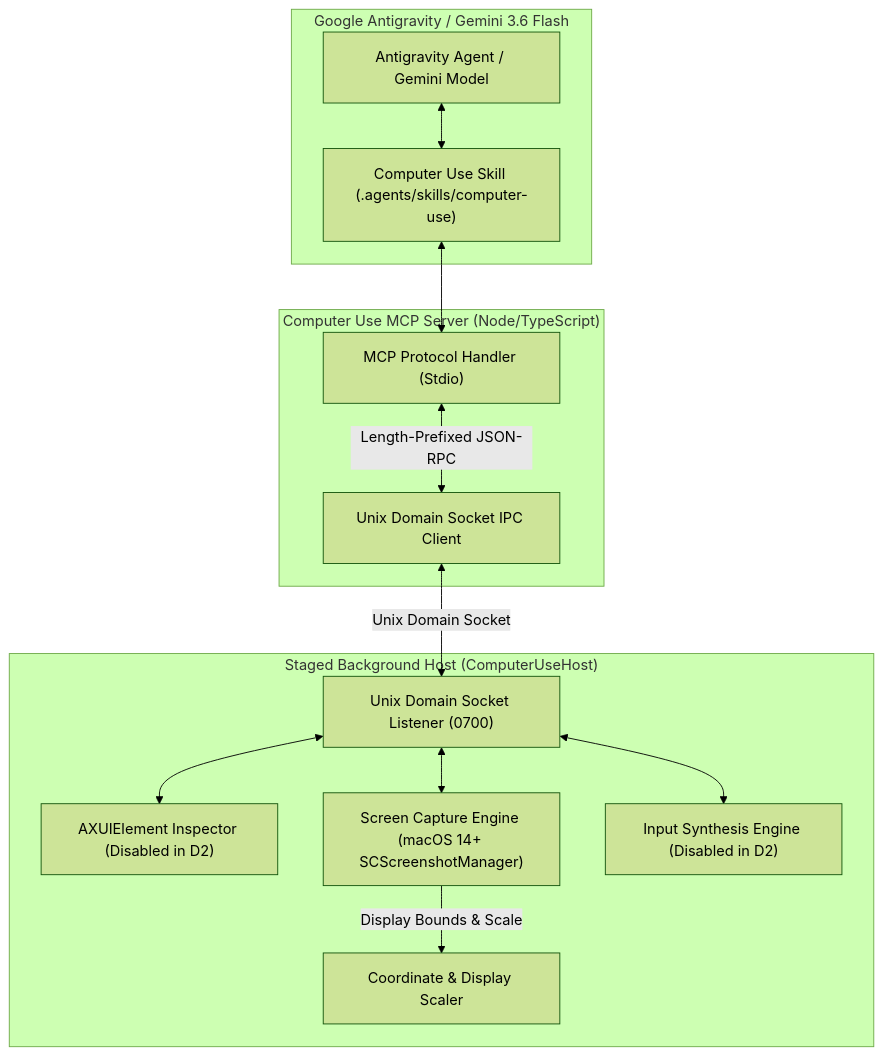
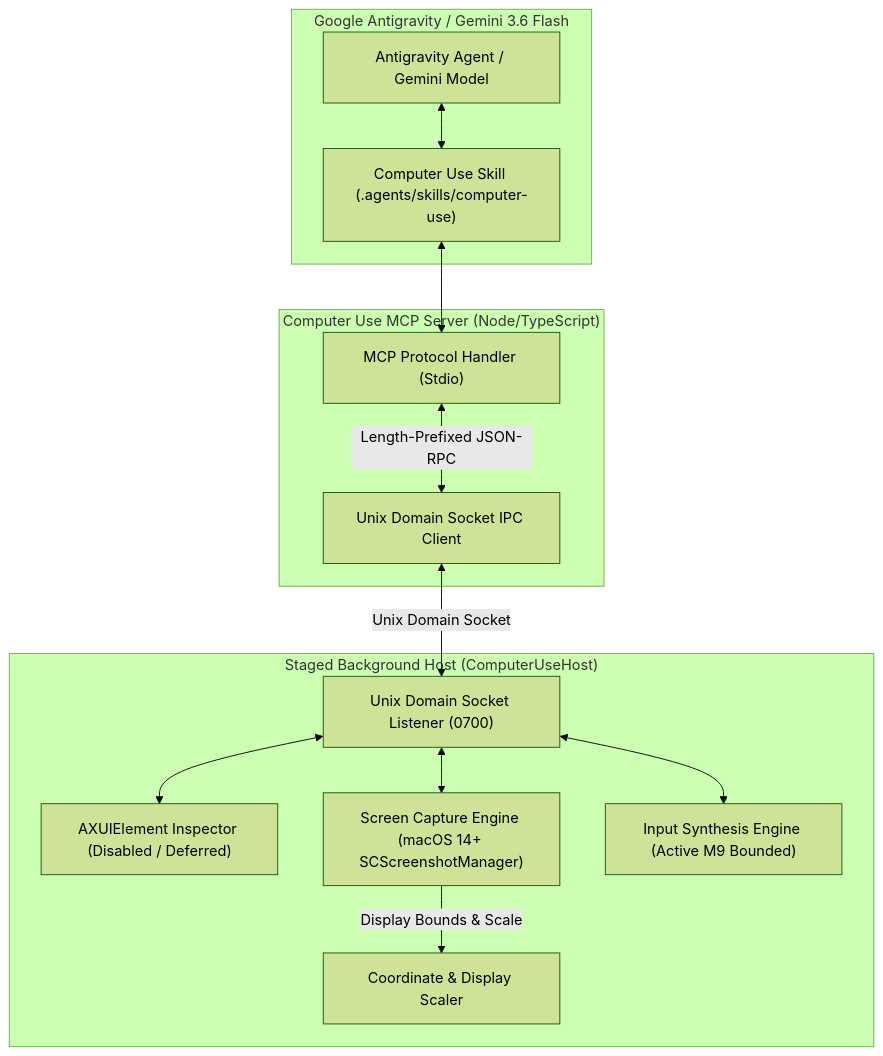
One commit to saariuslystoned/agy-computer-use changed the diagram in README.md. Above: the diagram before and after it, drawn with Mermaid (forest theme). The commit also changed other lines of this file and 6 other files, not shown here.

````diff
--- a/README.md
+++ b/README.md
@@ -20,29 +22,29 @@
 ```mermaid
 flowchart TD
     subgraph Antigravity ["Google Antigravity / Gemini 3.6 Flash"]
         Agent["Antigravity Agent / Gemini Model"]
         Skill["Computer Use Skill (.agents/skills/computer-use)"]
     end
 
     subgraph Server ["Computer Use MCP Server (Node/TypeScript)"]
         MCP["MCP Protocol Handler (Stdio)"]
         SocketClient["Unix Domain Socket IPC Client"]
     end
 
     subgraph Native ["Staged Background Host (ComputerUseHost)"]
         SocketServer["Unix Domain Socket Listener (0700)"]
-        AXEngine["AXUIElement Inspector (Disabled in D2)"]
+        AXEngine["AXUIElement Inspector (Disabled / Deferred)"]
         CapEngine["Screen Capture Engine (macOS 14+ SCScreenshotManager)"]
-        InputEngine["Input Synthesis Engine (Disabled in D2)"]
+        InputEngine["Input Synthesis Engine (Active M9 Bounded)"]
         CoordMapper["Coordinate & Display Scaler"]
     end
 
     Agent <--> Skill
     Skill <--> MCP
     MCP <-->|Length-Prefixed JSON-RPC| SocketClient
     SocketClient <-->|Unix Domain Socket| SocketServer
     SocketServer <--> AXEngine
     SocketServer <--> CapEngine
     SocketServer <--> InputEngine
     CapEngine -->|Display Bounds & Scale| CoordMapper
 ```
````
